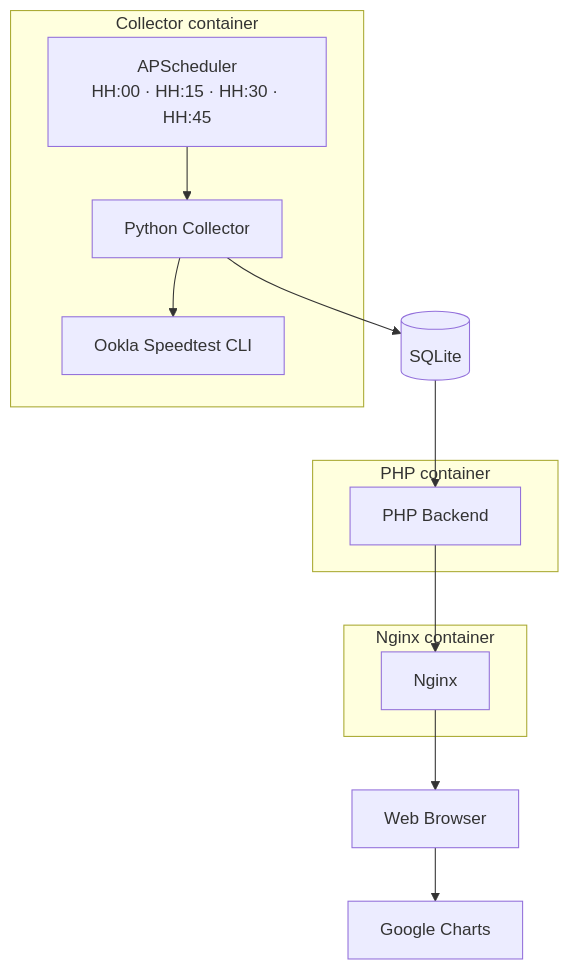
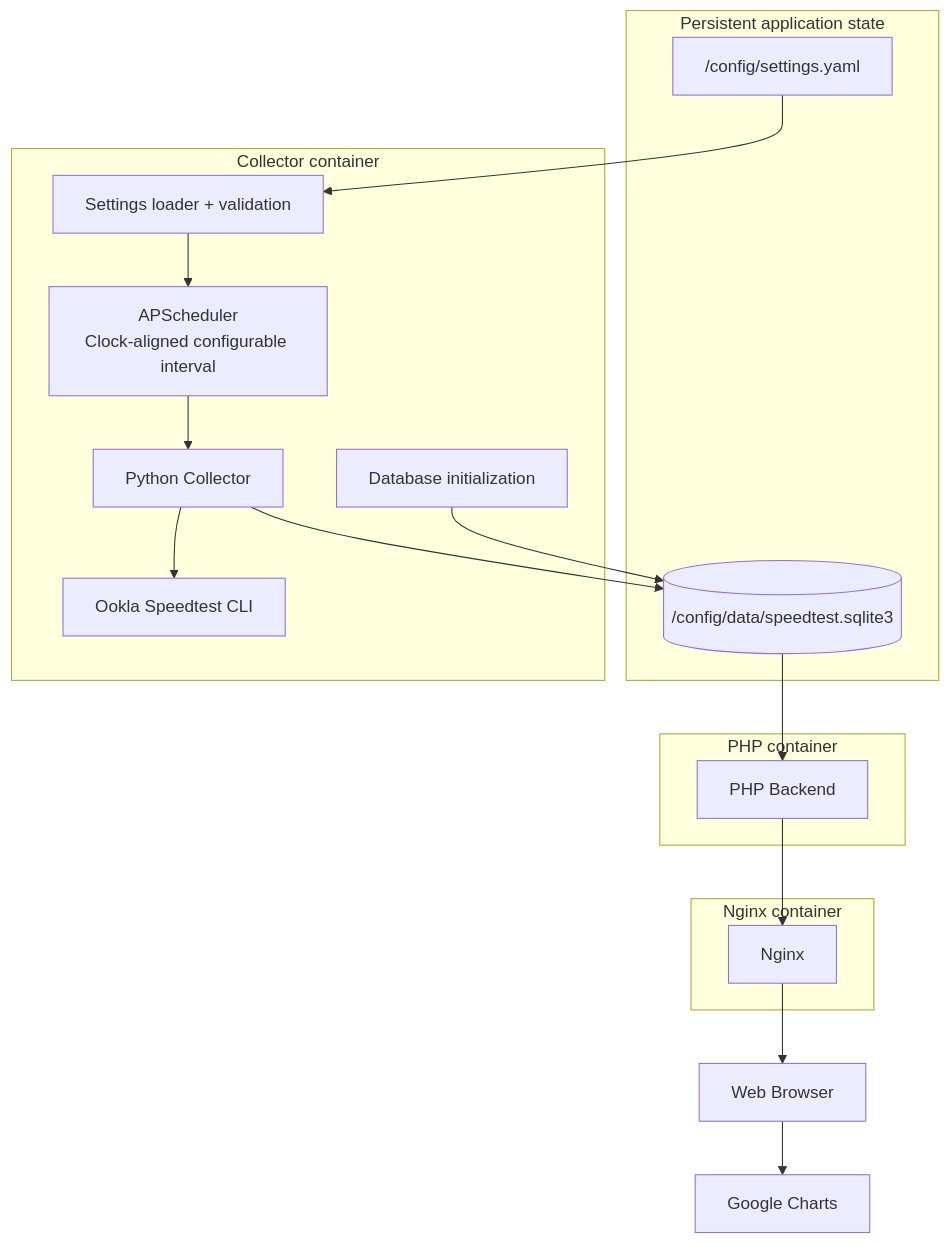
The first of 2 diagrams in README.md (cristianCanek/speed_test), drawn with Mermaid before and after one commit. The commit also changed other lines of this file and 2 other files, not shown here.

````diff
--- a/README.md
+++ b/README.md
@@ -79,30 +84,39 @@
 ```mermaid
 flowchart TB
+
+    subgraph PersistentState["Persistent application state"]
+        Config["/config/settings.yaml"]
+        SQLite[("/config/data/speedtest.sqlite3")]
+    end
+
     subgraph CollectorContainer["Collector container"]
-        Scheduler["APScheduler<br/>HH:00 · HH:15 · HH:30 · HH:45"]
+        Settings["Settings loader + validation"]
+        Scheduler["APScheduler<br/>Clock-aligned configurable interval"]
         Collector["Python Collector"]
         Ookla["Ookla Speedtest CLI"]
+        DBInit["Database initialization"]
 
+        Settings --> Scheduler
         Scheduler --> Collector
         Collector --> Ookla
     end
-
-    SQLite[("SQLite")]
 
     subgraph PHPContainer["PHP container"]
         PHP["PHP Backend"]
     end
 
     subgraph NginxContainer["Nginx container"]
         Nginx["Nginx"]
     end
 
     Browser["Web Browser"]
     Google["Google Charts"]
 
+    Config --> Settings
+    DBInit --> SQLite
     Collector --> SQLite
     SQLite --> PHP
     PHP --> Nginx
     Nginx --> Browser
     Browser --> Google
 ```
````
